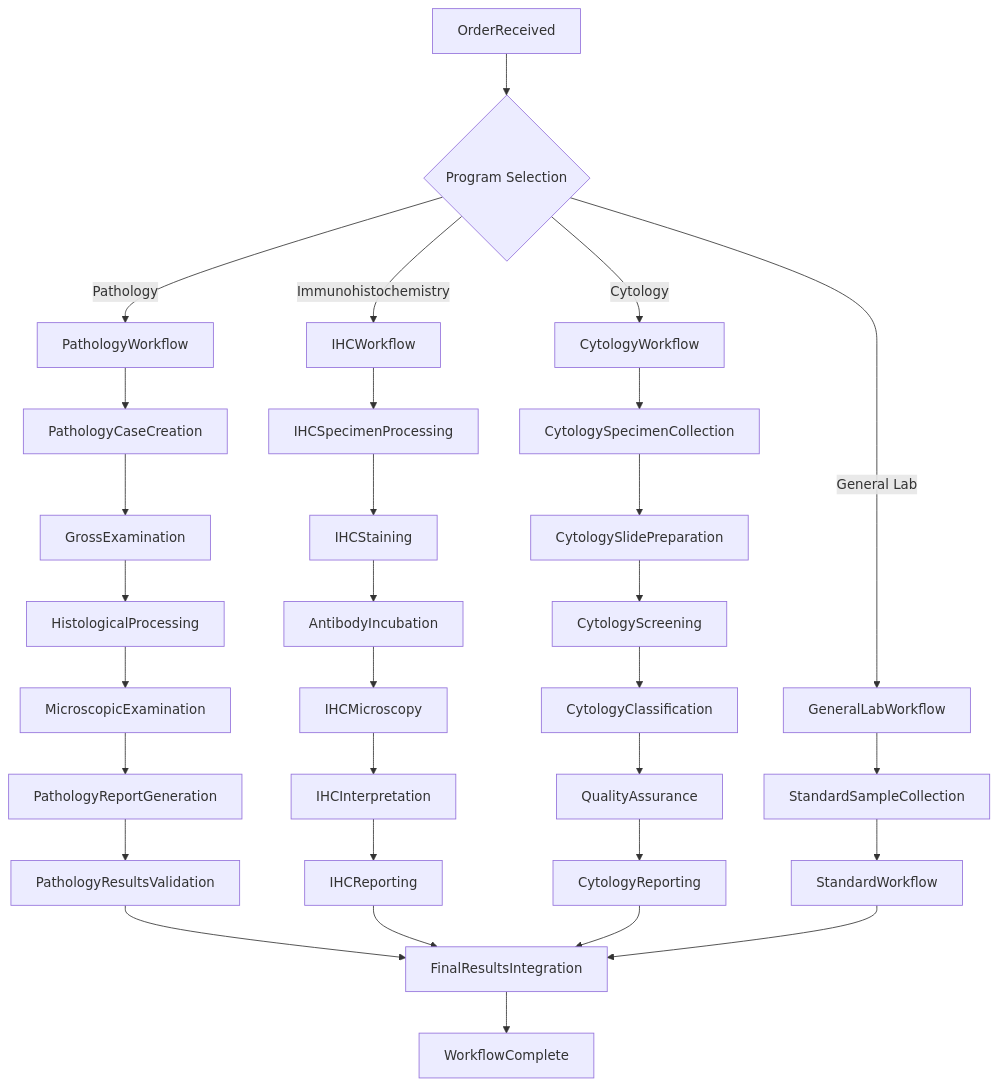
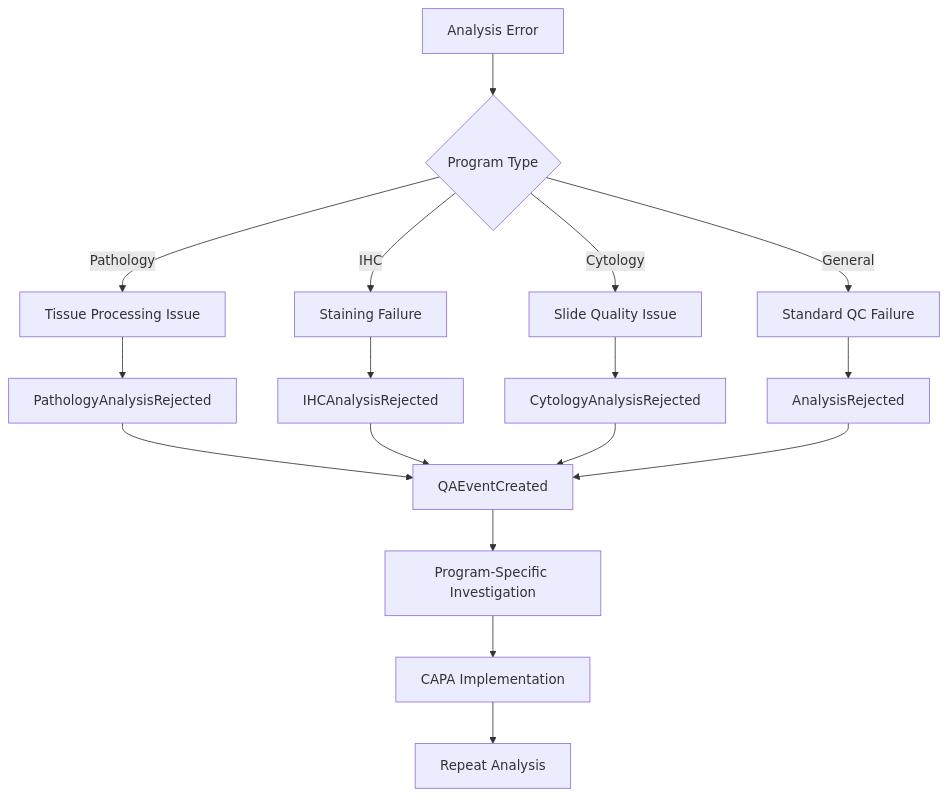
The sixth of 15 diagrams in docs/code-analysis/event-sourcing/07-cross-aggregate-workflows.md (mean-machine-gc/openlis-global-code-analysis), drawn with Mermaid before and after one commit. The commit also changed other lines of this file and 3 other files, not shown here.

````diff
--- a/docs/code-analysis/event-sourcing/07-cross-aggregate-workflows.md
+++ b/docs/code-analysis/event-sourcing/07-cross-aggregate-workflows.md
@@ -11,38 +212,22 @@
 ```mermaid
 flowchart TD
-    A[OrderReceived] --> B{Program Selection}
-    B -->|General Lab| C[GeneralLabWorkflow]
-    B -->|Pathology| D[PathologyWorkflow] 
-    B -->|Immunohistochemistry| E[IHCWorkflow]
-    B -->|Cytology| F[CytologyWorkflow]
+    A[Analysis Error] --> B{Program Type}
+    B -->|Pathology| C[Tissue Processing Issue]
+    B -->|IHC| D[Staining Failure]
+    B -->|Cytology| E[Slide Quality Issue]
+    B -->|General| F[Standard QC Failure]
     
-    C --> C1[StandardSampleCollection]
-    D --> D1[PathologyCaseCreation]
-    E --> E1[IHCSpecimenProcessing]
-    F --> F1[CytologySpecimenCollection]
+    C --> C1[PathologyAnalysisRejected]
+    D --> D1[IHCAnalysisRejected] 
+    E --> E1[CytologyAnalysisRejected]
+    F --> F1[AnalysisRejected]
     
-    D1 --> D2[GrossExamination]
-    D2 --> D3[HistologicalProcessing]
-    D3 --> D4[MicroscopicExamination]
-    D4 --> D5[PathologyReportGeneration]
-    D5 --> D6[PathologyResultsValidation]
+    C1 --> G[QAEventCreated]
+    D1 --> G
+    E1 --> G
+    F1 --> G
     
-    E1 --> E2[IHCStaining]
-    E2 --> E3[AntibodyIncubation]
-    E3 --> E4[IHCMicroscopy]
-    E4 --> E5[IHCInterpretation]
-    E5 --> E6[IHCReporting]
-    
-    F1 --> F2[CytologySlidePreparation]
-    F2 --> F3[CytologyScreening]
-    F3 --> F4[CytologyClassification]
-    F4 --> F5[QualityAssurance]
-    F5 --> F6[CytologyReporting]
-    
-    C1 --> STANDARD[StandardWorkflow]
-    D6 --> FINALIZE[FinalResultsIntegration]
-    E6 --> FINALIZE
-    F6 --> FINALIZE
-    STANDARD --> FINALIZE
-    FINALIZE --> END[WorkflowComplete]
+    G --> H[Program-Specific Investigation]
+    H --> I[CAPA Implementation]
+    I --> J[Repeat Analysis]
 ```
````
